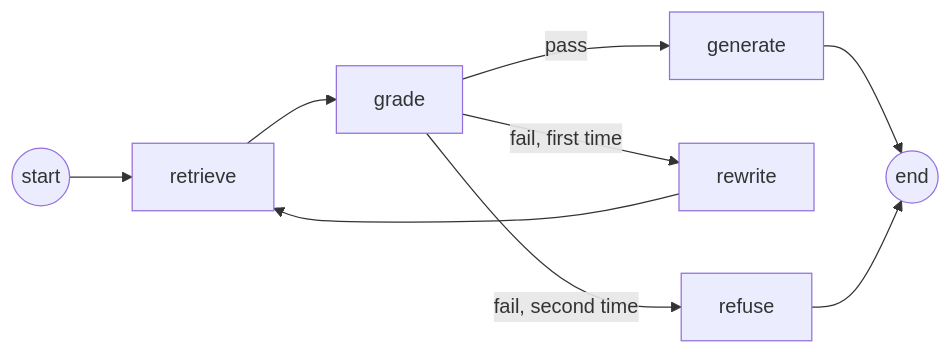
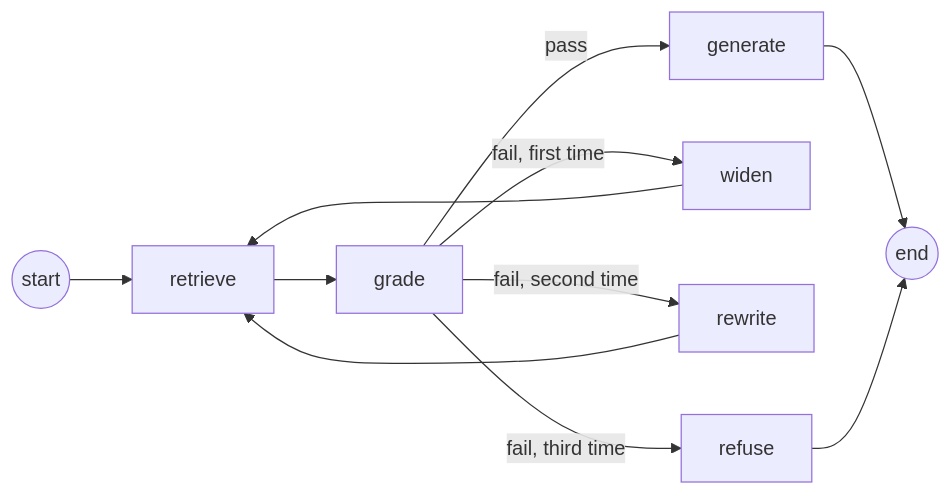
The second of 3 diagrams in README.md (RCdeWit/vfz-assignment), drawn with Mermaid before and after one commit. The commit also changed other lines of this file, not shown here.

Commit message:
docs(readme): describe the widen step and the request deadline

````diff
--- a/README.md
+++ b/README.md
@@ -129,7 +130,8 @@
 ```mermaid
 flowchart LR
     S((start)) --> retrieve --> grade
     grade -- pass --> generate --> E((end))
-    grade -- "fail, first time" --> rewrite --> retrieve
-    grade -- "fail, second time" --> refuse --> E
+    grade -- "fail, first time" --> widen --> retrieve
+    grade -- "fail, second time" --> rewrite --> retrieve
+    grade -- "fail, third time" --> refuse --> E
 ```
````
